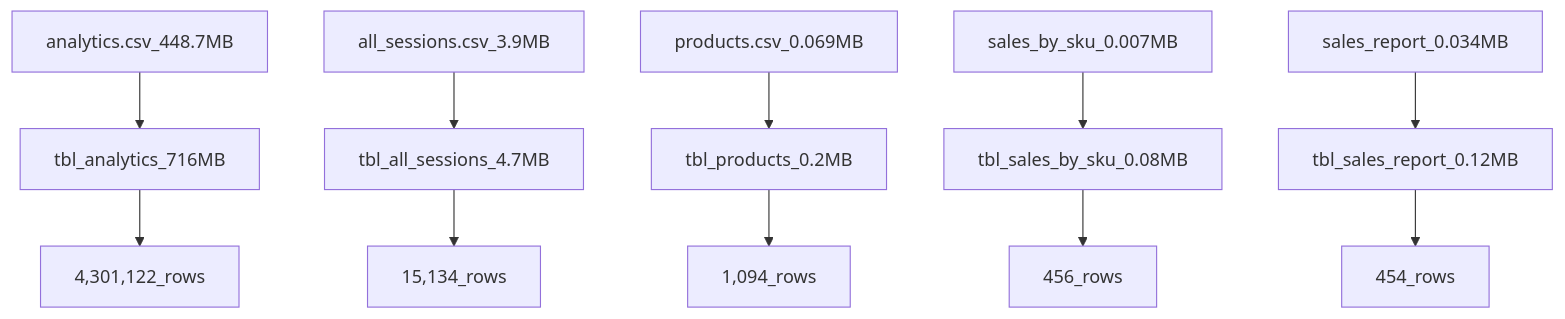
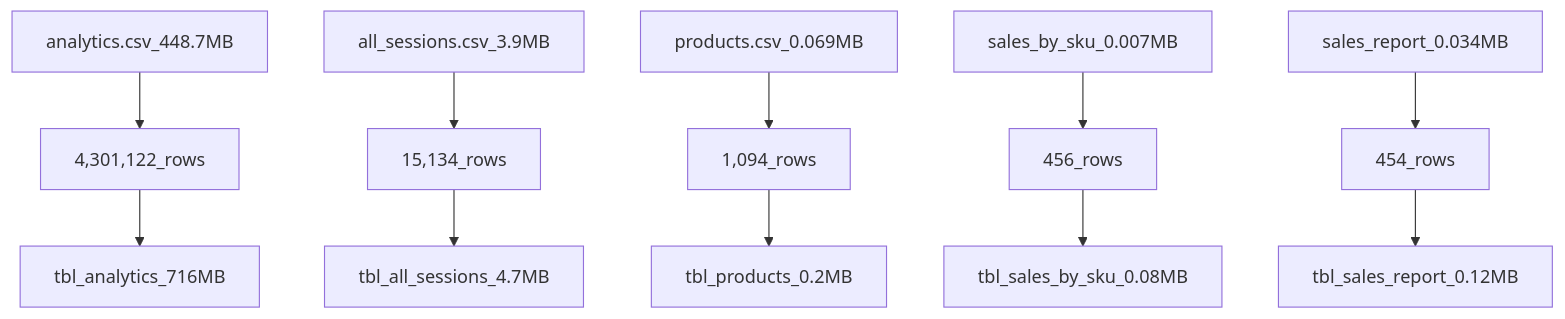
One commit to cboyda/LighthouseLabs changed the first of 2 diagrams in Project-SQL/README.md. Above: the diagram before and after it, drawn with Mermaid.

Commit message:
Update README.md
rearrange rows in mermaid diagram

````diff
--- a/Project-SQL/README.md
+++ b/Project-SQL/README.md
@@ -18,8 +18,8 @@
 ```mermaid
 graph TD;
-    analytics.csv_448.7MB-->tbl_analytics_716MB-->4,301,122_rows;
-    all_sessions.csv_3.9MB-->tbl_all_sessions_4.7MB-->15,134_rows;
-    products.csv_0.069MB-->tbl_products_0.2MB-->1,094_rows;
-    sales_by_sku_0.007MB-->tbl_sales_by_sku_0.08MB-->456_rows;
-    sales_report_0.034MB-->tbl_sales_report_0.12MB-->454_rows;
+    analytics.csv_448.7MB-->4,301,122_rows-->tbl_analytics_716MB;
+    all_sessions.csv_3.9MB-->15,134_rows-->tbl_all_sessions_4.7MB;
+    products.csv_0.069MB-->1,094_rows-->tbl_products_0.2MB;
+    sales_by_sku_0.007MB-->456_rows-->tbl_sales_by_sku_0.08MB;
+    sales_report_0.034MB-->454_rows-->tbl_sales_report_0.12MB;
 ```
````
